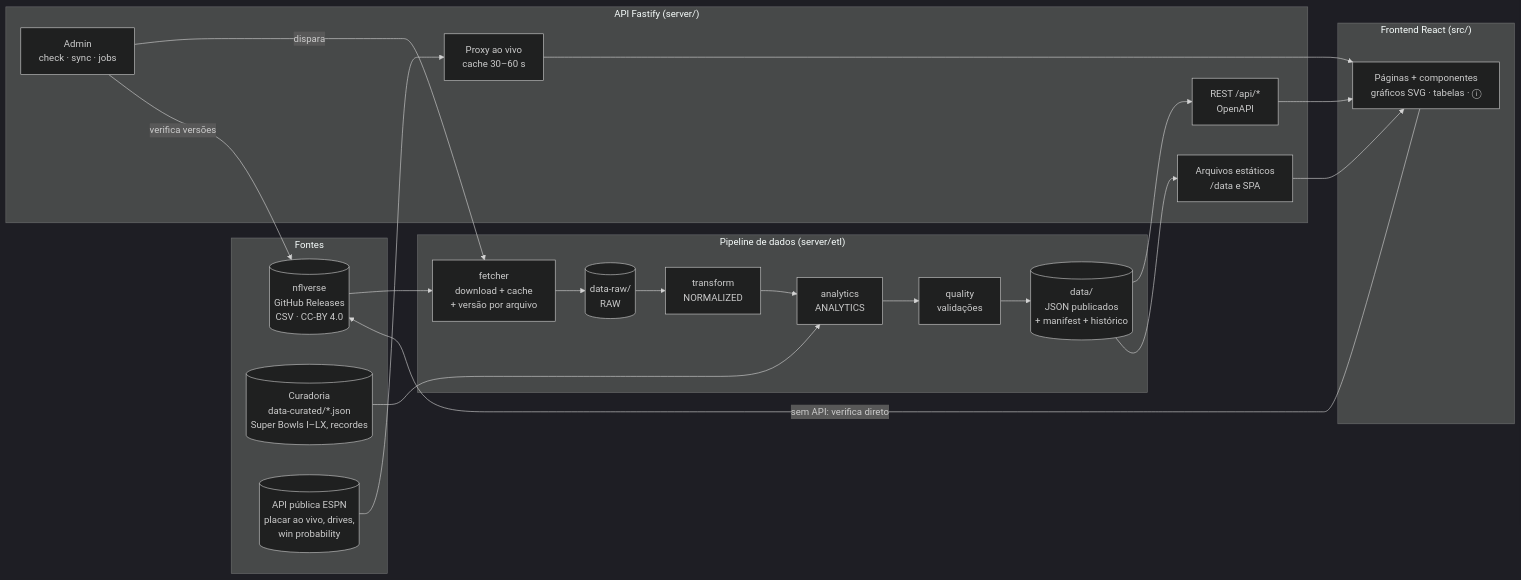
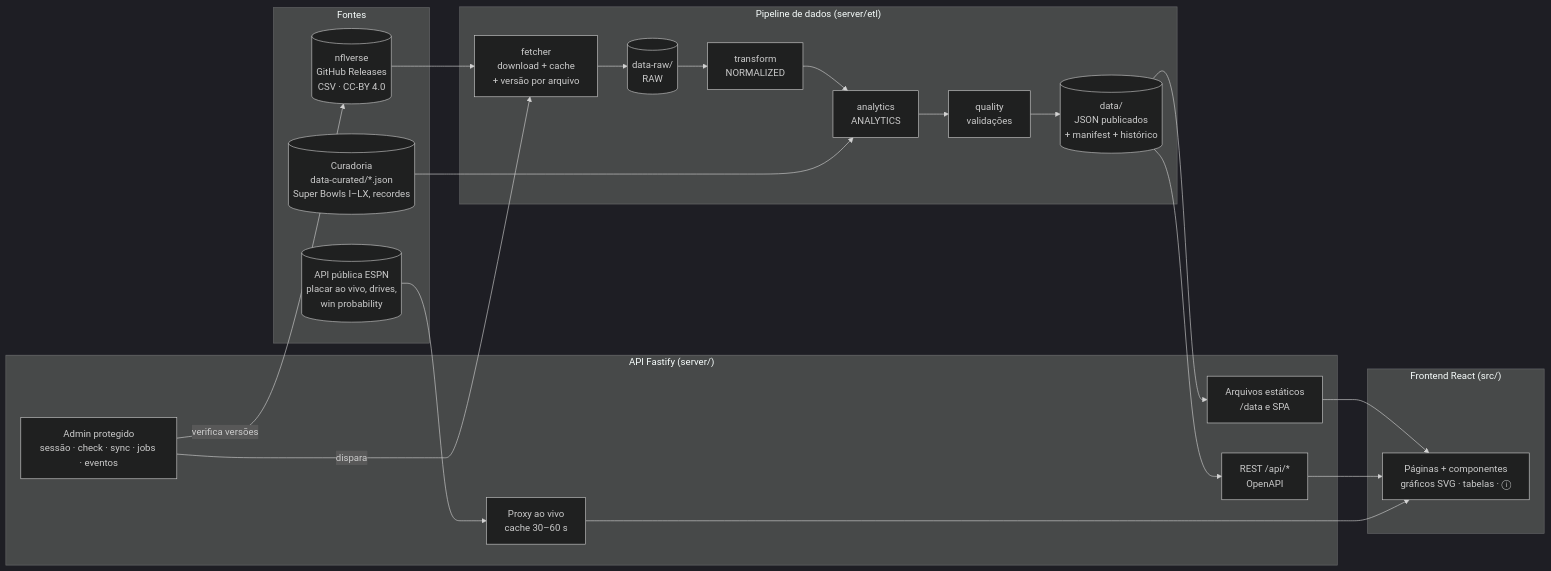
One commit to lucasllimati/end-zone-analytics changed the first of 4 diagrams in docs/GUIA_COMPLETO.md. Above: the diagram before and after it, drawn with Mermaid (dark theme). The commit also changed other lines of this file and 14 other files, not shown here.

````diff
--- a/docs/GUIA_COMPLETO.md
+++ b/docs/GUIA_COMPLETO.md
@@ -34,39 +34,38 @@
 ```mermaid
 flowchart LR
     subgraph Fontes
         NV[(nflverse<br/>GitHub Releases<br/>CSV · CC-BY 4.0)]
         CUR[(Curadoria<br/>data-curated/*.json<br/>Super Bowls I–LX, recordes)]
         ESPN[(API pública ESPN<br/>placar ao vivo, drives,<br/>win probability)]
     end
 
     subgraph Pipeline["Pipeline de dados (server/etl)"]
         F[fetcher<br/>download + cache<br/>+ versão por arquivo] --> RAW[(data-raw/<br/>RAW)]
         RAW --> T[transform<br/>NORMALIZED]
         T --> A[analytics<br/>ANALYTICS]
         CUR --> A
         A --> Q[quality<br/>validações]
         Q --> PUB[(data/<br/>JSON publicados<br/>+ manifest + histórico)]
     end
 
     subgraph Servidor["API Fastify (server/)"]
         API[REST /api/*<br/>OpenAPI]
-        ADM[Admin<br/>check · sync · jobs]
+        ADM[Admin protegido<br/>sessão · check · sync · jobs · eventos]
         LIVE[Proxy ao vivo<br/>cache 30–60 s]
         STA[Arquivos estáticos<br/>/data e SPA]
     end
 
     subgraph Front["Frontend React (src/)"]
         UI[Páginas + componentes<br/>gráficos SVG · tabelas · ⓘ]
     end
 
     NV --> F
     PUB --> API
     PUB --> STA
     ESPN --> LIVE
     ADM -->|dispara| F
     ADM -->|verifica versões| NV
     STA --> UI
     API --> UI
     LIVE --> UI
-    UI -->|sem API: verifica direto| NV
 ```
````
